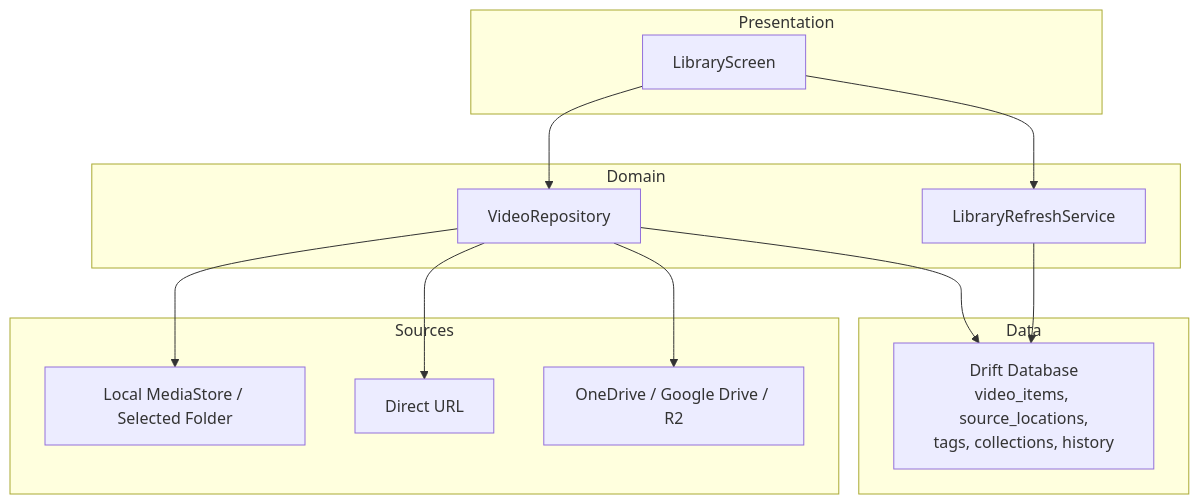
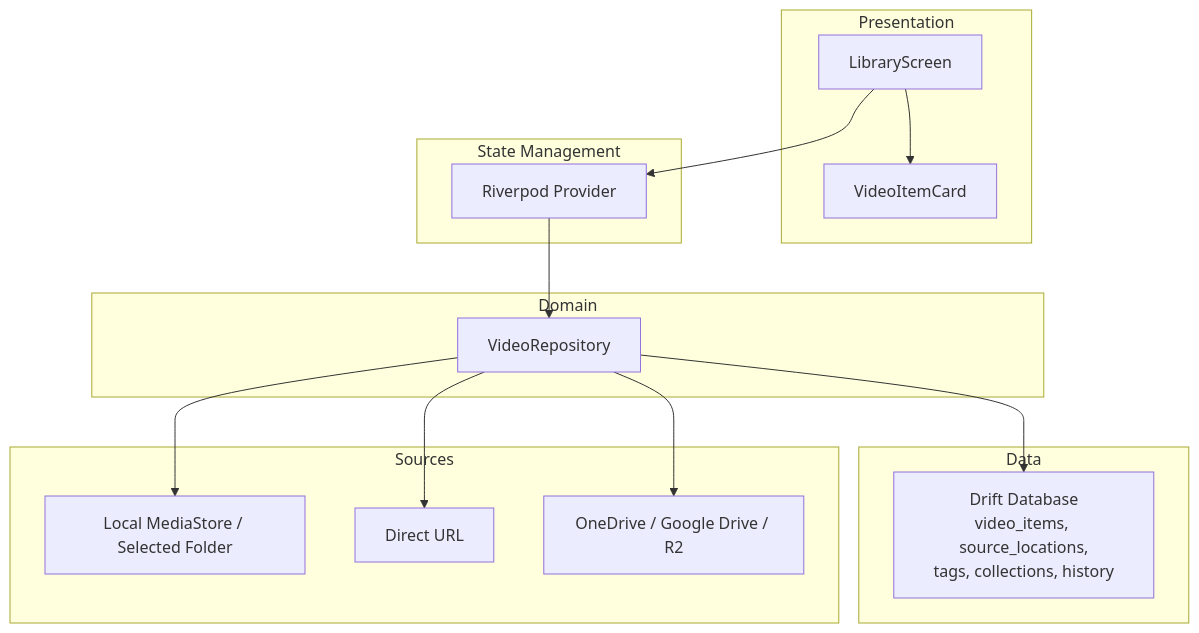
One commit to Rana76-u/mytube changed the second of 10 diagrams in .qoder/repowiki/en/content/Feature Modules/Library Feature.md. Above: the diagram before and after it, drawn with Mermaid. The commit also changed other lines of this file and 62 other files, not shown here.

````diff
--- a/.qoder/repowiki/en/content/Feature Modules/Library Feature.md
+++ b/.qoder/repowiki/en/content/Feature Modules/Library Feature.md
@@ -79,25 +93,28 @@
 ```mermaid
 graph TB
 subgraph "Presentation"
 LS["LibraryScreen"]
+VIC["VideoItemCard"]
+end
+subgraph "State Management"
+RP["Riverpod Provider"]
 end
 subgraph "Domain"
 VR["VideoRepository"]
-LRS["LibraryRefreshService"]
 end
 subgraph "Data"
 DB["Drift Database<br/>video_items, source_locations,<br/>tags, collections, history"]
 end
 subgraph "Sources"
 Local["Local MediaStore / Selected Folder"]
 Direct["Direct URL"]
 Cloud["OneDrive / Google Drive / R2"]
 end
-LS --> VR
-LS --> LRS
+LS --> VIC
+LS --> RP
+RP --> VR
 VR --> DB
-LRS --> DB
 VR --> Local
 VR --> Direct
 VR --> Cloud
 ```
````
